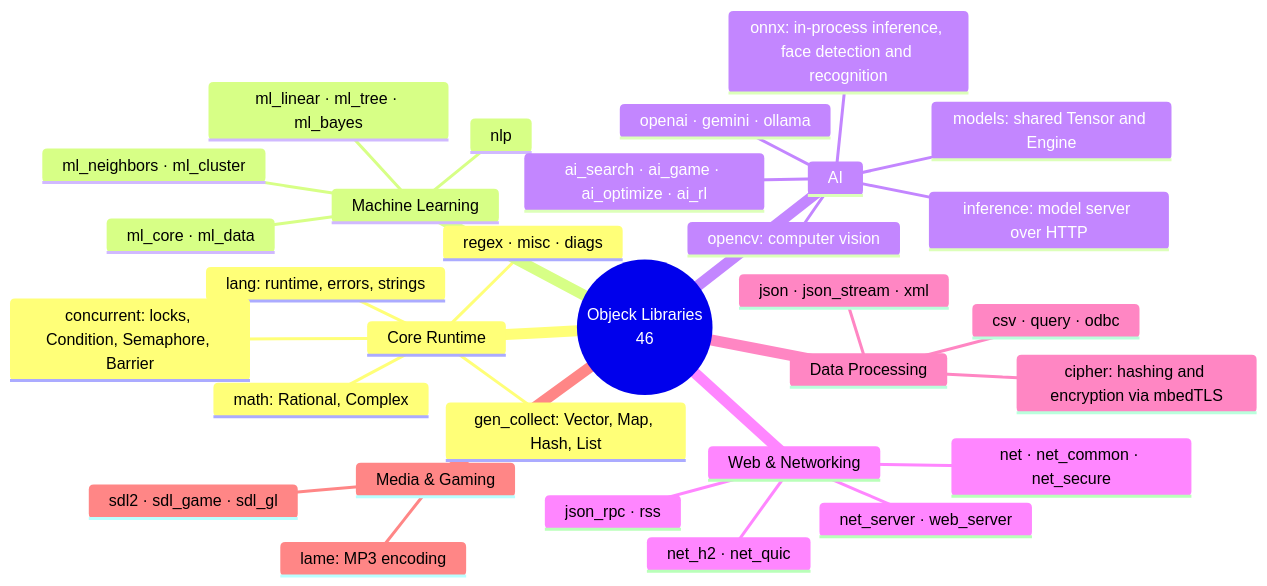
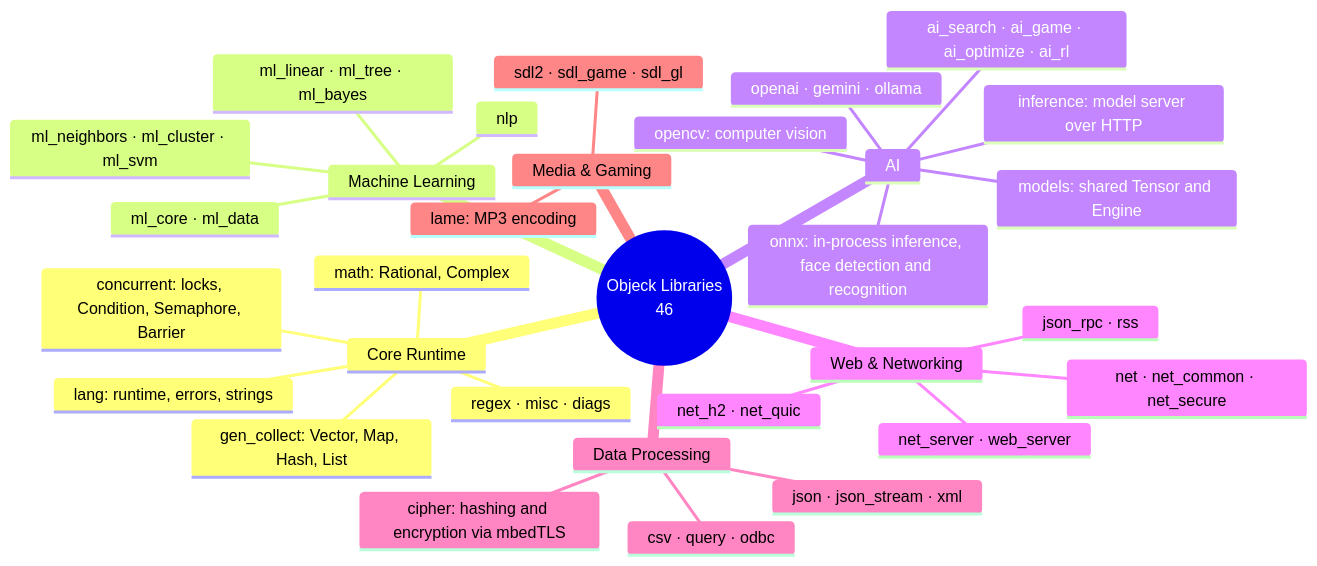
Before and after one commit to objeck/objeck-lang: the tenth of 24 diagrams in docs/architecture.md, drawn with Mermaid. The commit also changed 24 other files, not shown here.

````diff
--- a/docs/architecture.md
+++ b/docs/architecture.md
@@ -531,35 +531,35 @@
 ```mermaid
 mindmap
     root((Objeck Libraries
     46))
         Core Runtime
             lang: runtime, errors, strings
             gen_collect: Vector, Map, Hash, List
             concurrent: locks, Condition, Semaphore, Barrier
             math: Rational, Complex
             regex · misc · diags
         Machine Learning
             ml_core · ml_data
             ml_linear · ml_tree · ml_bayes
-            ml_neighbors · ml_cluster
+            ml_neighbors · ml_cluster · ml_svm
             nlp
         AI
             onnx: in-process inference, face detection and recognition
             inference: model server over HTTP
             models: shared Tensor and Engine
             openai · gemini · ollama
             ai_search · ai_game · ai_optimize · ai_rl
             opencv: computer vision
         Web & Networking
             net · net_common · net_secure
             net_h2 · net_quic
             net_server · web_server
             json_rpc · rss
         Data Processing
             json · json_stream · xml
             csv · query · odbc
             cipher: hashing and encryption via mbedTLS
         Media & Gaming
             sdl2 · sdl_game · sdl_gl
             lame: MP3 encoding
 ```
````
